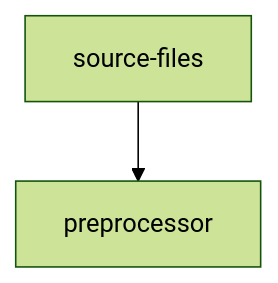
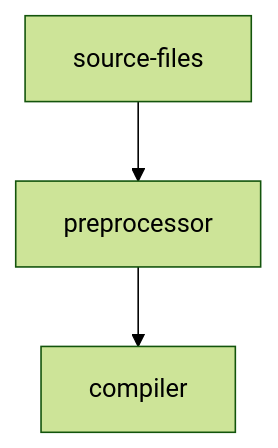
One commit to DCMMC/Notes changed the diagram in 编译原理学习笔记.md. Above: the diagram before and after it, drawn with Mermaid (forest theme).

Commit message:
修改文件: 编译原理学习笔记.md

````diff
--- a/编译原理学习笔记.md
+++ b/编译原理学习笔记.md
@@ -41,4 +41,5 @@
 ```mermaid!
 graph TD;
-source-files-->preprocessor;
+	source-files-->preprocessor;
+	preprocessor-->compiler;
 ```
````
